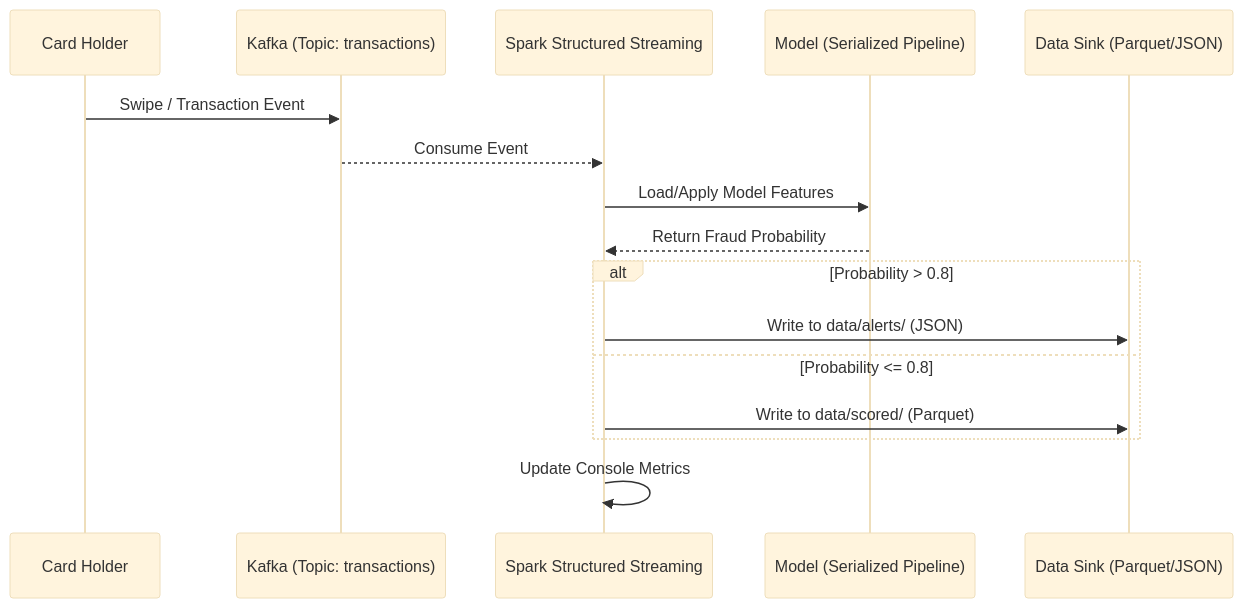
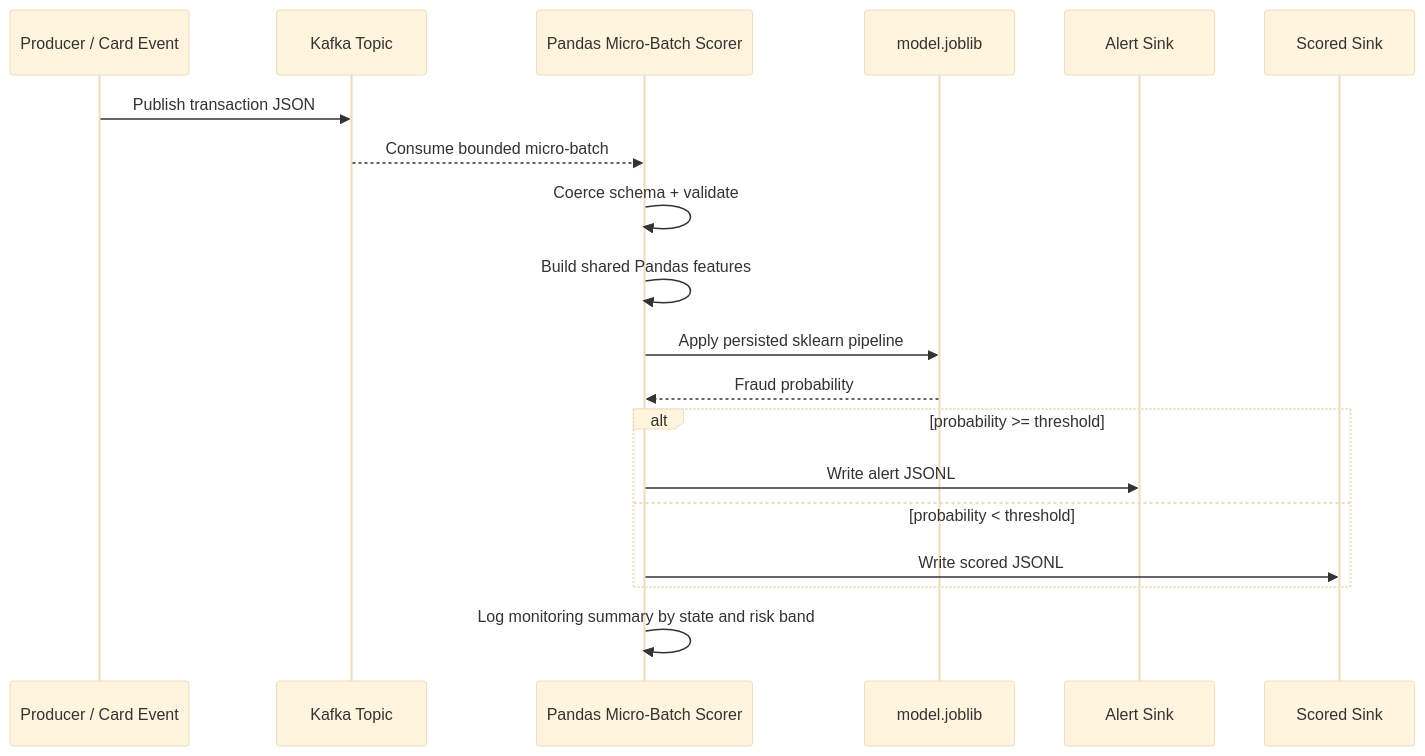
The first of 2 diagrams in docs/architecture.md (Prithwijit24/credit_card_fraud_detection), drawn with Mermaid (base theme) before and after one commit. The commit also changed other lines of this file and 28 other files, not shown here.

````diff
--- a/docs/architecture.md
+++ b/docs/architecture.md
@@ -11,19 +8,22 @@
 ```mermaid
 sequenceDiagram
-    participant C as Card Holder
-    participant K as Kafka (Topic: transactions)
-    participant S as Spark Structured Streaming
-    participant M as Model (Serialized Pipeline)
-    participant D as Data Sink (Parquet/JSON)
+    participant P as Producer / Card Event
+    participant K as Kafka Topic
+    participant S as Pandas Micro-Batch Scorer
+    participant M as model.joblib
+    participant A as Alert Sink
+    participant O as Scored Sink
 
-    C->>K: Swipe / Transaction Event
-    K-->>S: Consume Event
-    S->>M: Load/Apply Model Features
-    M-->>S: Return Fraud Probability
-    alt Probability > 0.8
-        S->>D: Write to data/alerts/ (JSON)
-    else Probability <= 0.8
-        S->>D: Write to data/scored/ (Parquet)
+    P->>K: Publish transaction JSON
+    K-->>S: Consume bounded micro-batch
+    S->>S: Coerce schema + validate
+    S->>S: Build shared Pandas features
+    S->>M: Apply persisted sklearn pipeline
+    M-->>S: Fraud probability
+    alt probability >= threshold
+        S->>A: Write alert JSONL
+    else probability < threshold
+        S->>O: Write scored JSONL
     end
-    S->>S: Update Console Metrics
+    S->>S: Log monitoring summary by state and risk band
 ```
````
